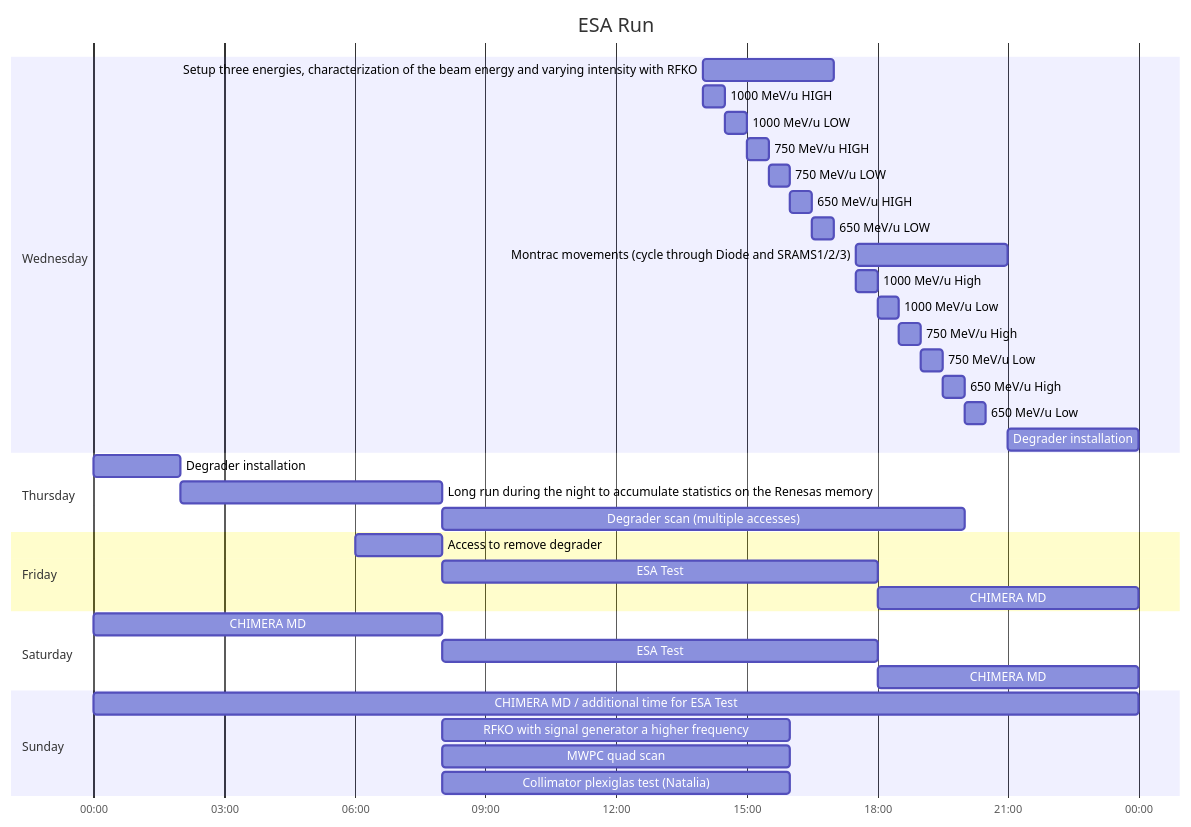
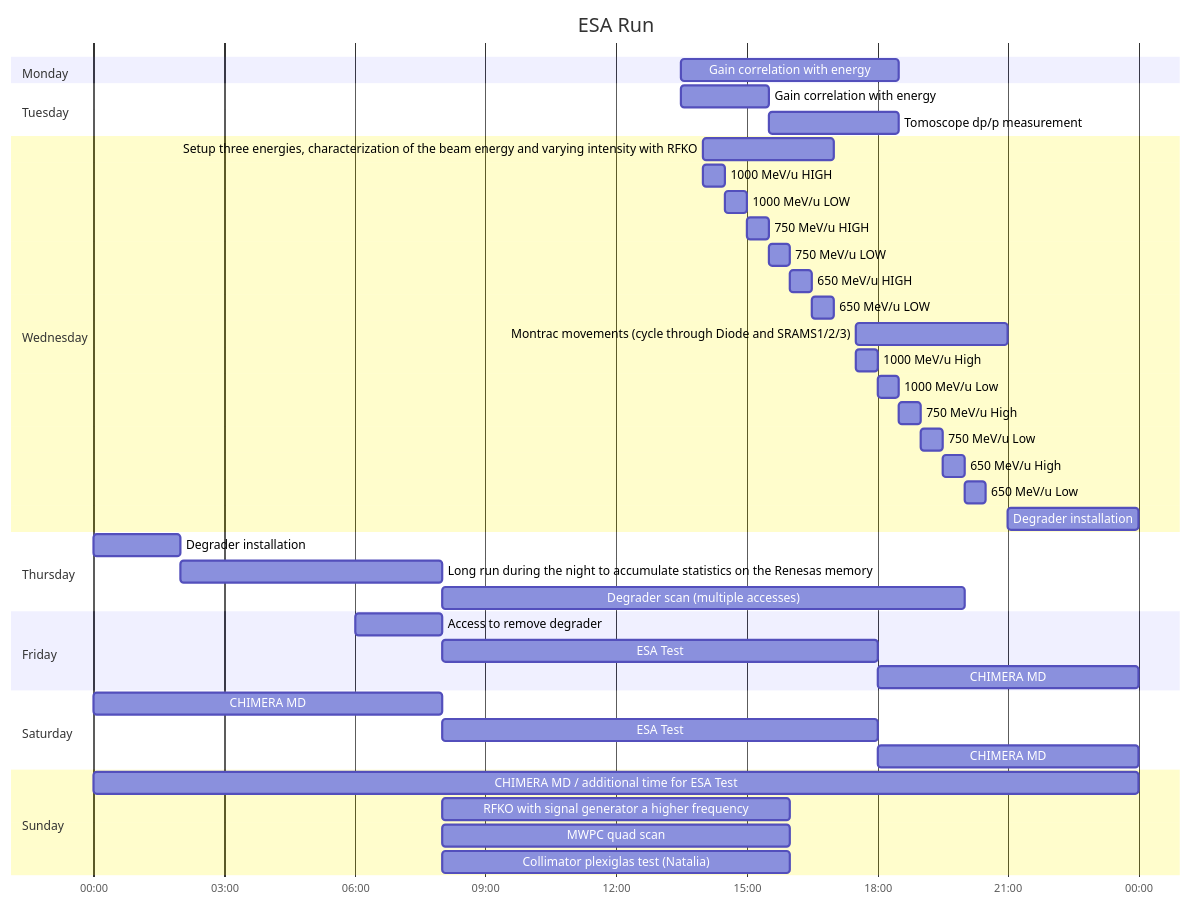
The diagram in Fellowship/CHIMERA/ESA Ion Run 2022.md (eliottjohnson/Obsidian-Vault), drawn with Mermaid before and after one commit. The commit also changed 2 other files, not shown here.

Commit message:
PC vault backup: 2022-11-21 08:55:15
Affected files:
.obsidian/appearance.json
.obsidian/workspace.json
Fellowship/CHIMERA/ESA Ion Run 2022.md

```diff
--- a/Fellowship/CHIMERA/ESA Ion Run 2022.md
+++ b/Fellowship/CHIMERA/ESA Ion Run 2022.md
@@ -113,6 +113,25 @@
 
     todayMarker off
 
+  
+
+    section Monday
+
+  
+
+    Gain correlation with energy: 13-30, 5h
+
+  
+
+    section Tuesday
+
+  
+
+    Gain correlation with energy: 13-30, 2h
+
+    Tomoscope dp/p measurement: 15-30, 3h
+
+  
   
 
     section Wednesday
@@ -172,8 +191,6 @@
     Degrader scan (multiple accesses): 08-00, 12h
 
   
-  
-  
 
     section Friday
 
```
